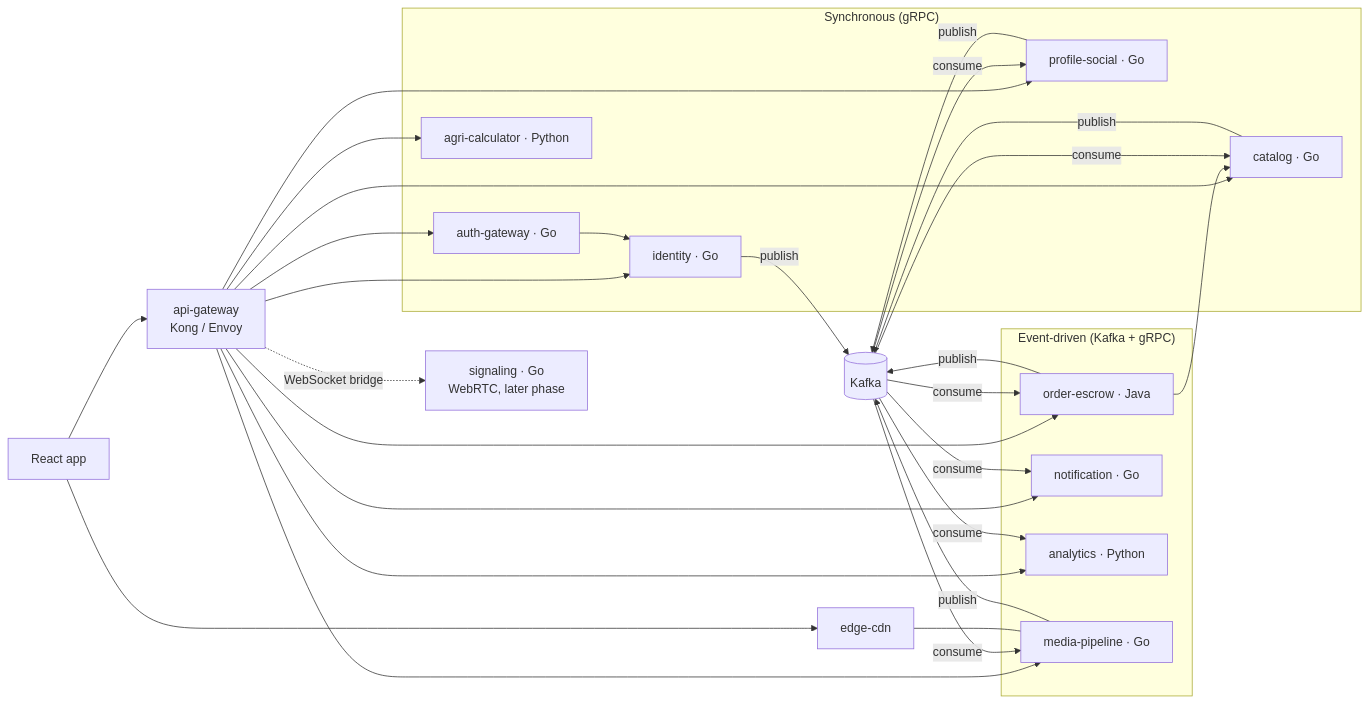
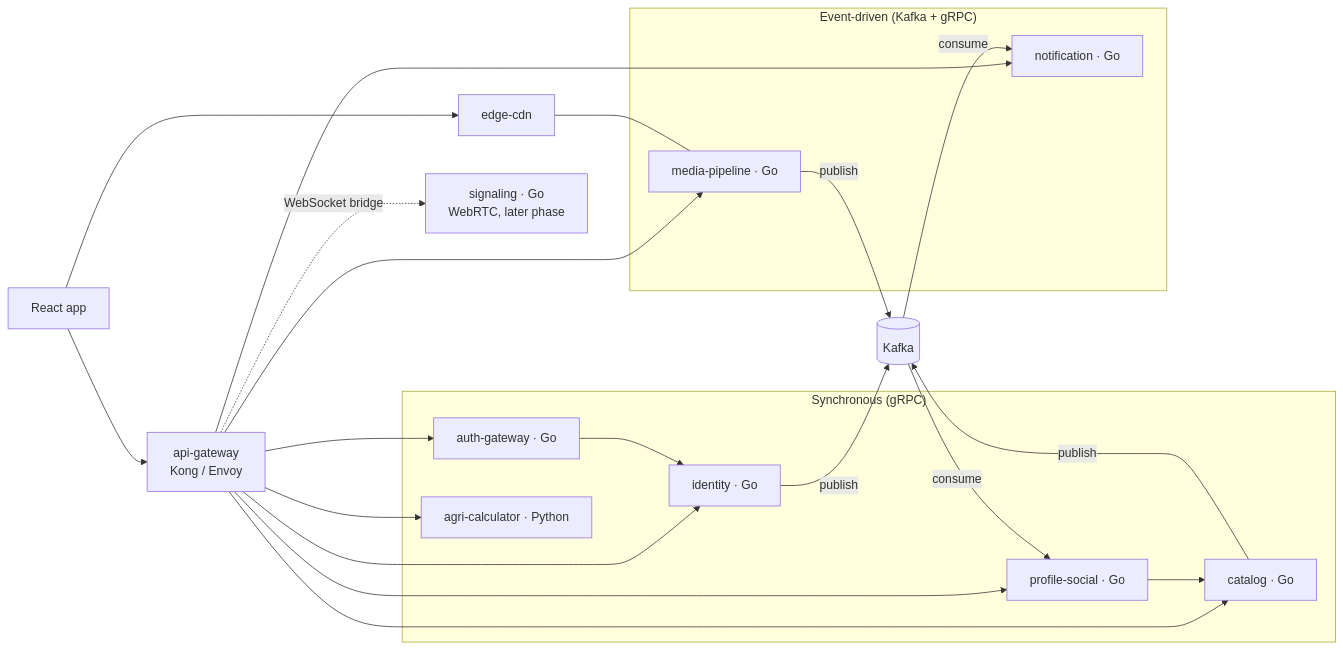
One commit to tbilol/dxrl changed the diagram in README.md. Above: the diagram before and after it, drawn with Mermaid. The commit also changed other lines of this file and 13 other files, not shown here.

````diff
--- a/README.md
+++ b/README.md
@@ -15,32 +19,30 @@
 ```mermaid
 flowchart LR
     app["React app"] --> gw["api-gateway<br/>Kong / Envoy"]
     app --> cdn["edge-cdn"]
 
     subgraph sync["Synchronous (gRPC)"]
         auth["auth-gateway · Go"]
         idn["identity · Go"]
         prof["profile-social · Go"]
         cat["catalog · Go"]
         calc["agri-calculator · Python"]
     end
 
     subgraph async["Event-driven (Kafka + gRPC)"]
-        esc["order-escrow · Java"]
         notif["notification · Go"]
-        ana["analytics · Python"]
         media["media-pipeline · Go"]
     end
 
     rt["signaling · Go<br/>WebRTC, later phase"]
     kafka[("Kafka")]
 
     gw --> auth & idn & prof & cat & calc
-    gw --> esc & notif & ana & media
+    gw --> notif & media
     gw -. "WebSocket bridge" .-> rt
     auth --> idn
-    esc --> cat
-    idn & prof & cat & esc & media -- publish --> kafka
-    kafka -- consume --> notif & ana & prof & cat & esc & media
+    prof --> cat
+    idn & cat & media -- publish --> kafka
+    kafka -- consume --> notif & prof
     cdn --- media
 ```
````
